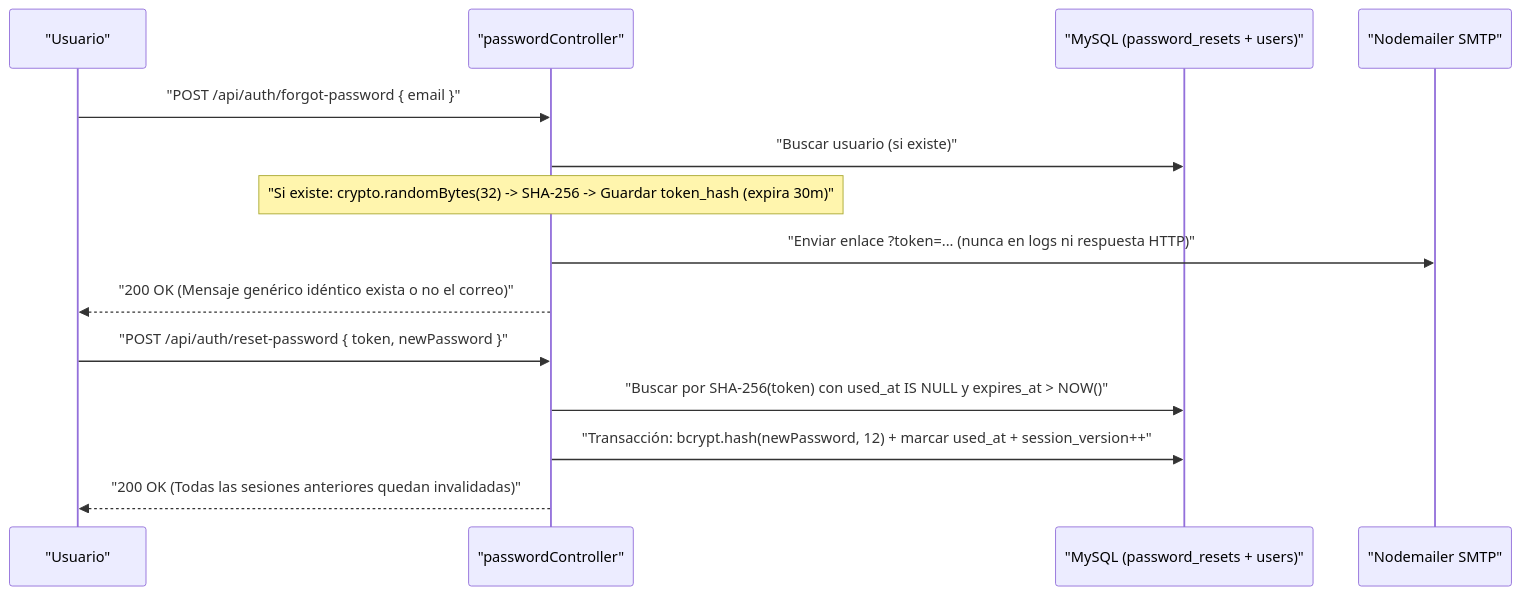
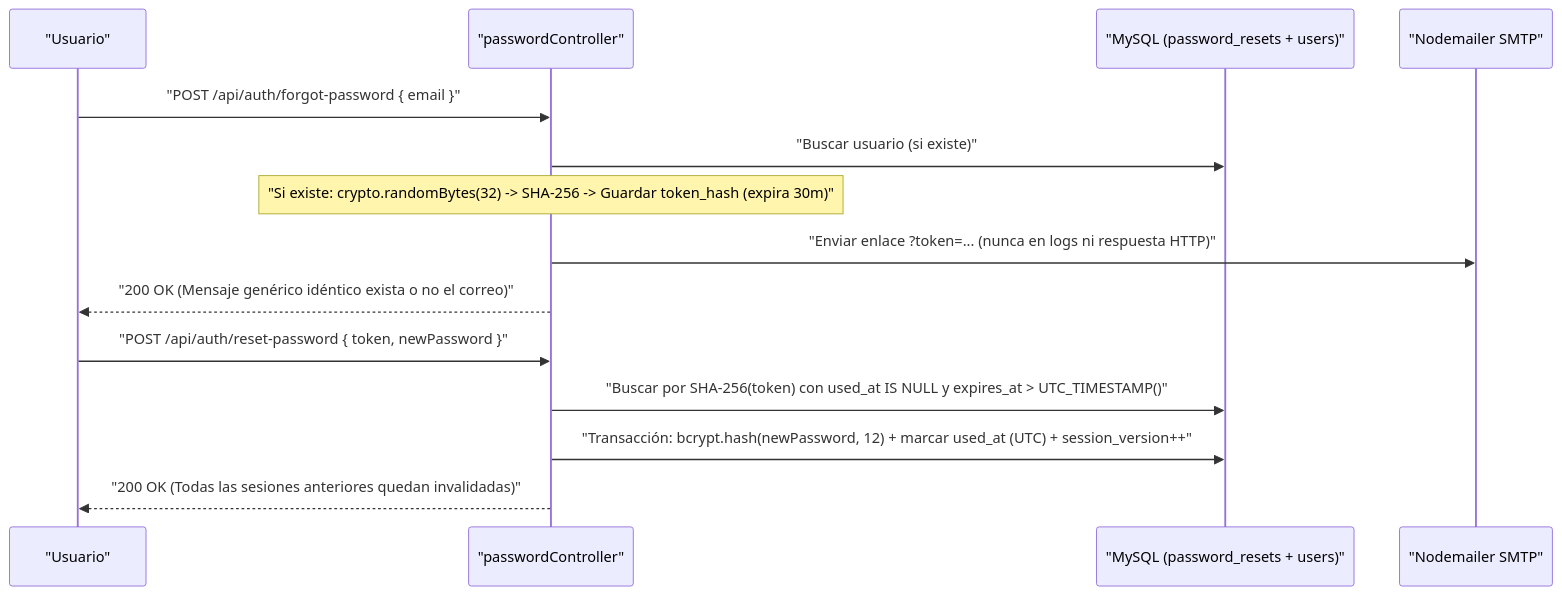
One commit to ulyssesquiros-FWD/Sec-Vault changed the seventh of 8 diagrams in docs/arquitectura.md. Above: the diagram before and after it, drawn with Mermaid. The commit also changed other lines of this file and 16 other files, not shown here.

````diff
--- a/docs/arquitectura.md
+++ b/docs/arquitectura.md
@@ -206,18 +207,18 @@
 ```mermaid
 sequenceDiagram
     participant U as "Usuario"
     participant API as "passwordController"
     participant DB as "MySQL (password_resets + users)"
     participant SMTP as "Nodemailer SMTP"
 
     U->>API: "POST /api/auth/forgot-password { email }"
     API->>DB: "Buscar usuario (si existe)"
     Note over API: "Si existe: crypto.randomBytes(32) -> SHA-256 -> Guardar token_hash (expira 30m)"
     API->>SMTP: "Enviar enlace ?token=... (nunca en logs ni respuesta HTTP)"
     API-->>U: "200 OK (Mensaje genérico idéntico exista o no el correo)"
 
     U->>API: "POST /api/auth/reset-password { token, newPassword }"
-    API->>DB: "Buscar por SHA-256(token) con used_at IS NULL y expires_at > NOW()"
-    API->>DB: "Transacción: bcrypt.hash(newPassword, 12) + marcar used_at + session_version++"
+    API->>DB: "Buscar por SHA-256(token) con used_at IS NULL y expires_at > UTC_TIMESTAMP()"
+    API->>DB: "Transacción: bcrypt.hash(newPassword, 12) + marcar used_at (UTC) + session_version++"
     API-->>U: "200 OK (Todas las sesiones anteriores quedan invalidadas)"
 ```
````
